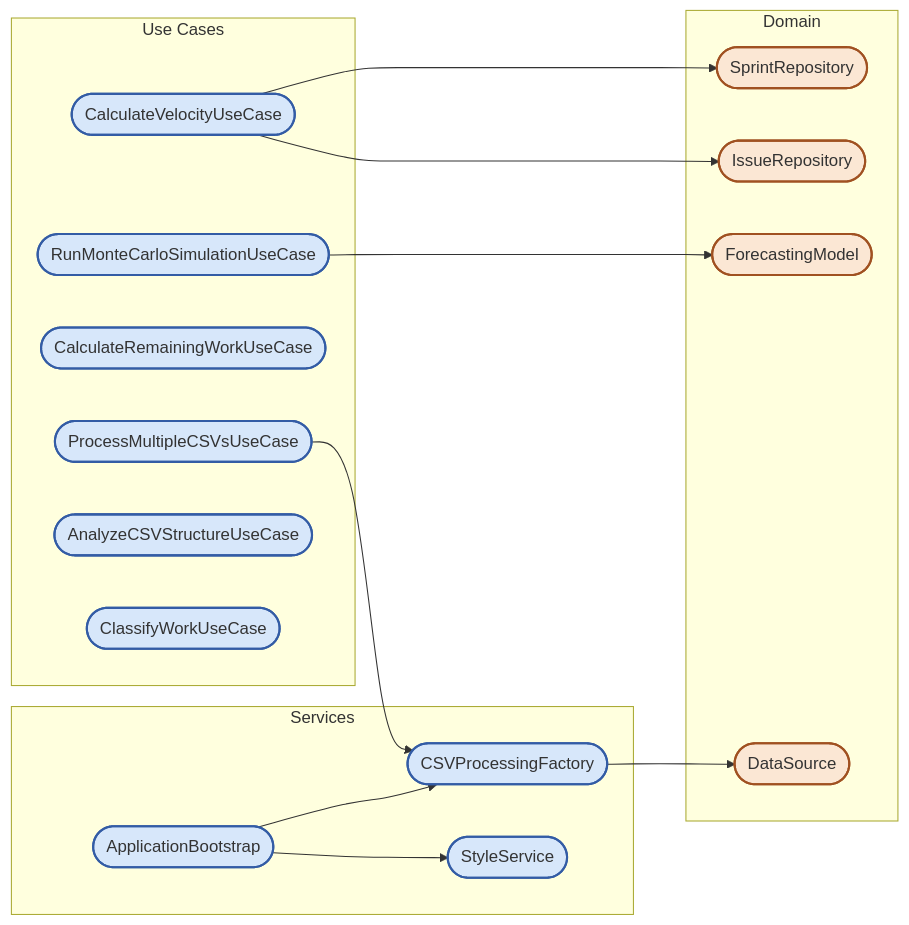
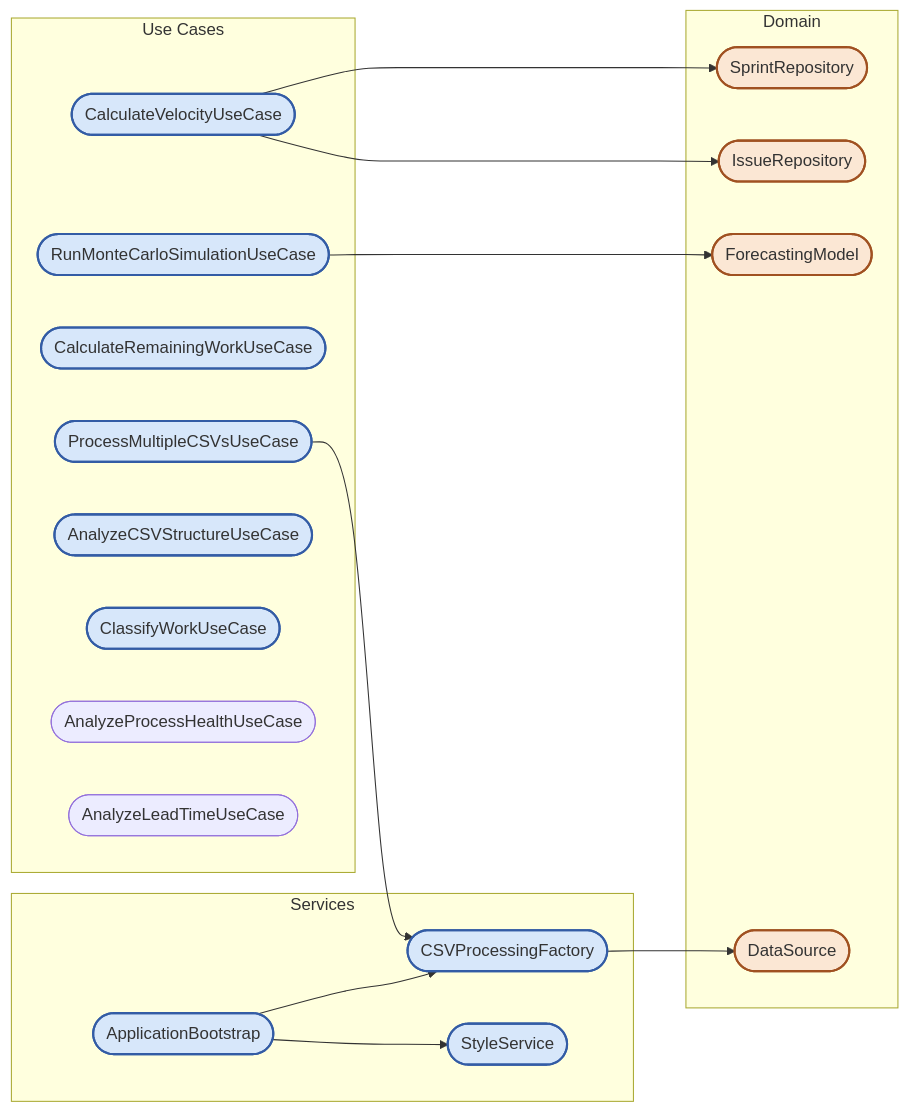
The third of 7 diagrams in docs/ARCHITECTURE.md (opreto/jira-monte-carlo), drawn with Mermaid before and after one commit. The commit also changed other lines of this file and 3 other files, not shown here.

````diff
--- a/docs/ARCHITECTURE.md
+++ b/docs/ARCHITECTURE.md
@@ -230,55 +253,57 @@
 ```mermaid
 %%{init: { 'flowchart': { 'curve': 'basis', 'htmlLabels': false }}}%%
 flowchart LR
     subgraph UC["Use Cases"]
         CV([CalculateVelocityUseCase])
         MC([RunMonteCarloSimulationUseCase])
         RW([CalculateRemainingWorkUseCase])
         MP([ProcessMultipleCSVsUseCase])
         CS([AnalyzeCSVStructureUseCase])
         WC([ClassifyWorkUseCase])
+        PH([AnalyzeProcessHealthUseCase])
+        LT([AnalyzeLeadTimeUseCase])
     end
     
     subgraph Services
         SS([StyleService])
         CSVFactory([CSVProcessingFactory])
         Bootstrap([ApplicationBootstrap])
     end
     
     subgraph Domain
         IR([IssueRepository])
         SR([SprintRepository])
         DS([DataSource])
         FM([ForecastingModel])
     end
     
     CV --> IR
     CV --> SR
     
     MC --> FM
     
     MP --> CSVFactory
     CSVFactory --> DS
     
     Bootstrap --> SS
     Bootstrap --> CSVFactory
 
     %% Style use cases
     style CV fill:#D7E7FA,stroke:#335CA5,stroke-width:2px
     style MC fill:#D7E7FA,stroke:#335CA5,stroke-width:2px
     style RW fill:#D7E7FA,stroke:#335CA5,stroke-width:2px
     style MP fill:#D7E7FA,stroke:#335CA5,stroke-width:2px
     style CS fill:#D7E7FA,stroke:#335CA5,stroke-width:2px
     style WC fill:#D7E7FA,stroke:#335CA5,stroke-width:2px
 
     %% Style services
     style SS fill:#D7E7FA,stroke:#335CA5,stroke-width:2px
     style CSVFactory fill:#D7E7FA,stroke:#335CA5,stroke-width:2px
     style Bootstrap fill:#D7E7FA,stroke:#335CA5,stroke-width:2px
 
     %% Style domain components
     style IR fill:#FBE7D4,stroke:#A05121,stroke-width:2px
     style SR fill:#FBE7D4,stroke:#A05121,stroke-width:2px
     style DS fill:#FBE7D4,stroke:#A05121,stroke-width:2px
     style FM fill:#FBE7D4,stroke:#A05121,stroke-width:2px
 ```
````
